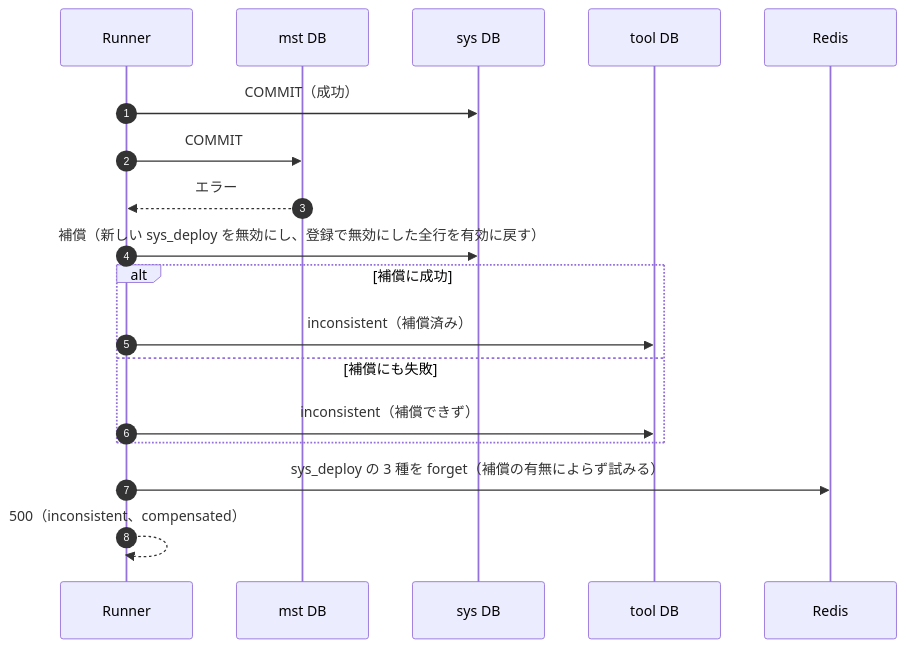
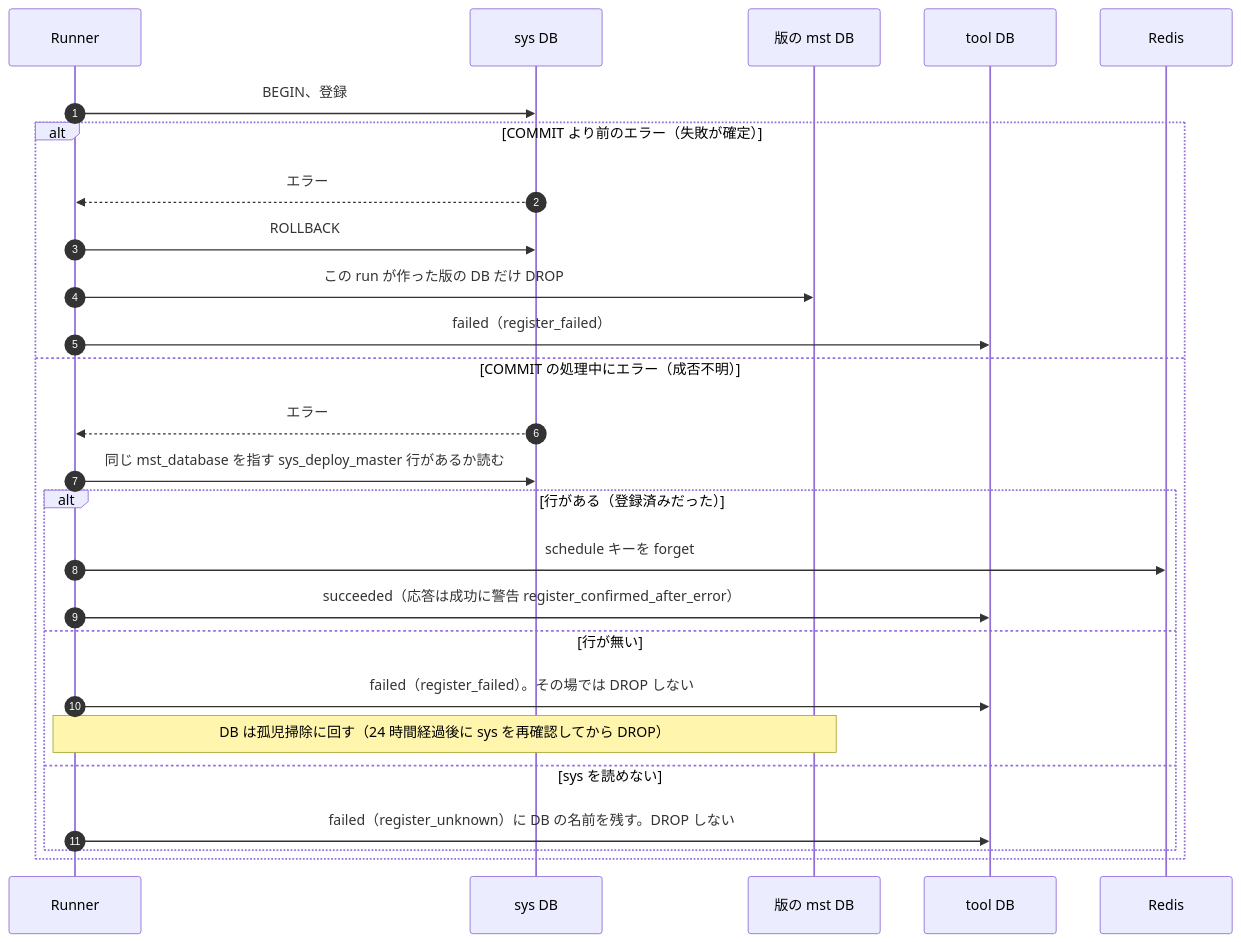
Diagram 14 of 20 in docs/design/master-distribution/sequence.md (BENieBlack/NexusMobileGameServer-Laravel), drawn with Mermaid before and after one commit. The commit also changed other lines of this file and 2 other files, not shown here.

Commit message:
docs: マスター配信のサーバー設計（db・api・sequence）を版ごとの mst DB と start_at の切り替えに書き直す（design-change） (#47)

````diff
--- a/docs/design/master-distribution/sequence.md
+++ b/docs/design/master-distribution/sequence.md
@@ -176,21 +507,29 @@
 ```mermaid
 sequenceDiagram
     autonumber
     participant R as Runner
-    participant MST as mst DB
     participant SYS as sys DB
+    participant MST as 版の mst DB
     participant TOL as tool DB
     participant RD as Redis
 
-    R->>SYS: COMMIT（成功）
-    R->>MST: COMMIT
-    MST-->>R: エラー
-    R->>SYS: 補償（新しい sys_deploy を無効にし、登録で無効にした全行を有効に戻す）
-    alt 補償に成功
-        R->>TOL: inconsistent（補償済み）
-    else 補償にも失敗
-        R->>TOL: inconsistent（補償できず）
+    R->>SYS: BEGIN、登録
+    alt COMMIT より前のエラー（失敗が確定）
+        SYS-->>R: エラー
+        R->>SYS: ROLLBACK
+        R->>MST: この run が作った版の DB だけ DROP
+        R->>TOL: failed（register_failed）
+    else COMMIT の処理中にエラー（成否不明）
+        SYS-->>R: エラー
+        R->>SYS: 同じ mst_database を指す sys_deploy_master 行があるか読む
+        alt 行がある（登録済みだった）
+            R->>RD: schedule キーを forget
+            R->>TOL: succeeded（応答は成功に警告 register_confirmed_after_error）
+        else 行が無い
+            R->>TOL: failed（register_failed）。その場では DROP しない
+            Note over R,MST: DB は孤児掃除に回す（24 時間経過後に sys を再確認してから DROP）
+        else sys を読めない
+            R->>TOL: failed（register_unknown）に DB の名前を残す。DROP しない
+        end
     end
-    R->>RD: sys_deploy の 3 種を forget（補償の有無によらず試みる）
-    R-->>R: 500（inconsistent、compensated）
 ```
````
